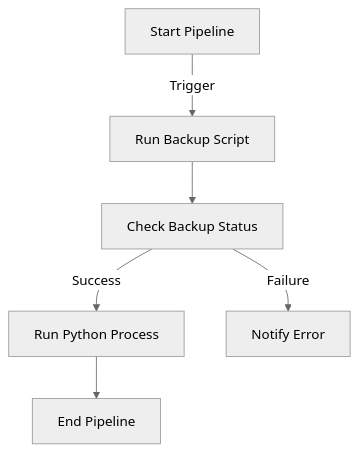
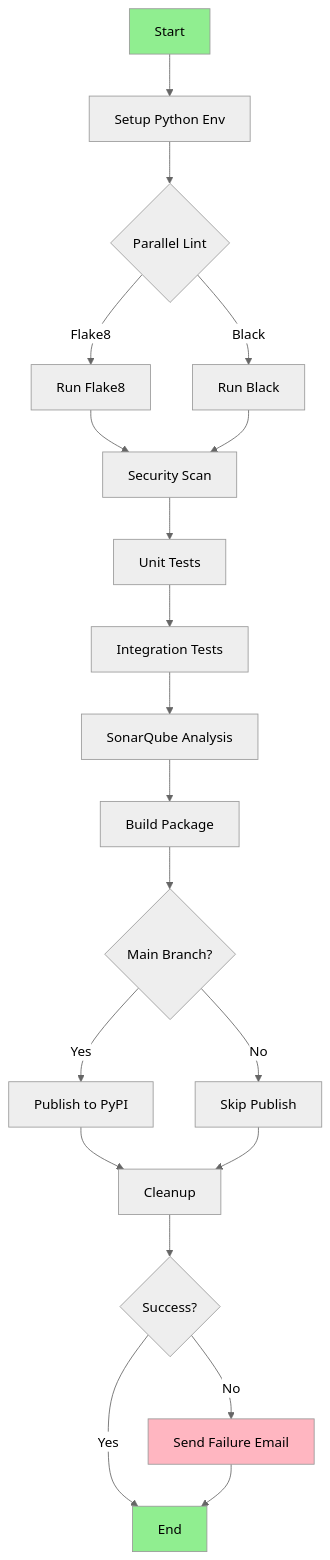
Before and after one commit to udhayprakash/PythonMaterial: the diagram in python3/code_to_diagram.mmd, drawn with Mermaid (neutral theme).

```diff
--- a/python3/code_to_diagram.mmd
+++ b/python3/code_to_diagram.mmd
@@ -1,6 +1,24 @@
 graph TD
-    A[Start Pipeline] -->|Trigger| B[Run Backup Script]
-    B --> C[Check Backup Status]
-    C -->|Success| D[Run Python Process]
-    D --> E[End Pipeline]
-    C -->|Failure| F[Notify Error]
+    A[Start] --> B[Setup Python Env]
+    B --> C{Parallel Lint}
+    C --> |Flake8| D[Run Flake8]
+    C --> |Black| E[Run Black]
+    D --> F[Security Scan]
+    E --> F
+    F --> G[Unit Tests]
+    G --> H[Integration Tests]
+    H --> I[SonarQube Analysis]
+    I --> J[Build Package]
+    J --> K{Main Branch?}
+    K --> |Yes| L[Publish to PyPI]
+    K --> |No| M[Skip Publish]
+    L --> N[Cleanup]
+    M --> N
+    N --> O{Success?}
+    O --> |No| P[Send Failure Email]
+    O --> |Yes| Q[End]
+    P --> Q
+    
+    style A fill:#90EE90
+    style Q fill:#90EE90
+    style P fill:#FFB6C1
```
